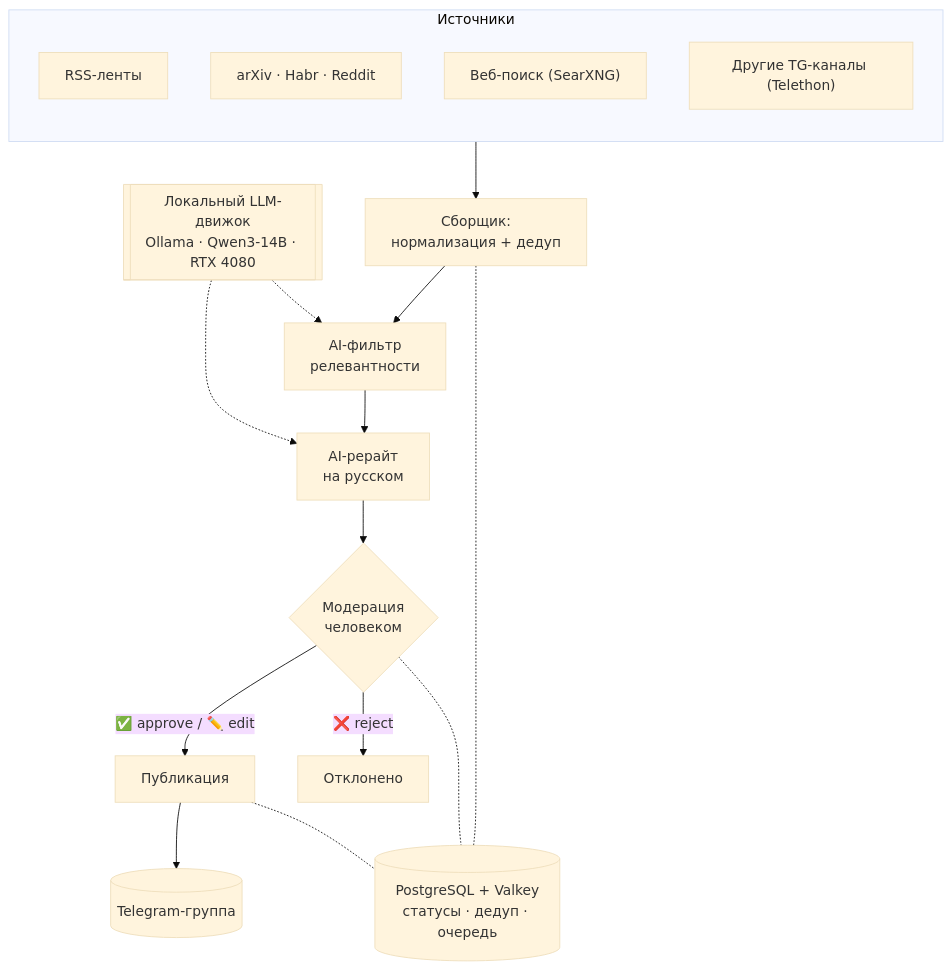
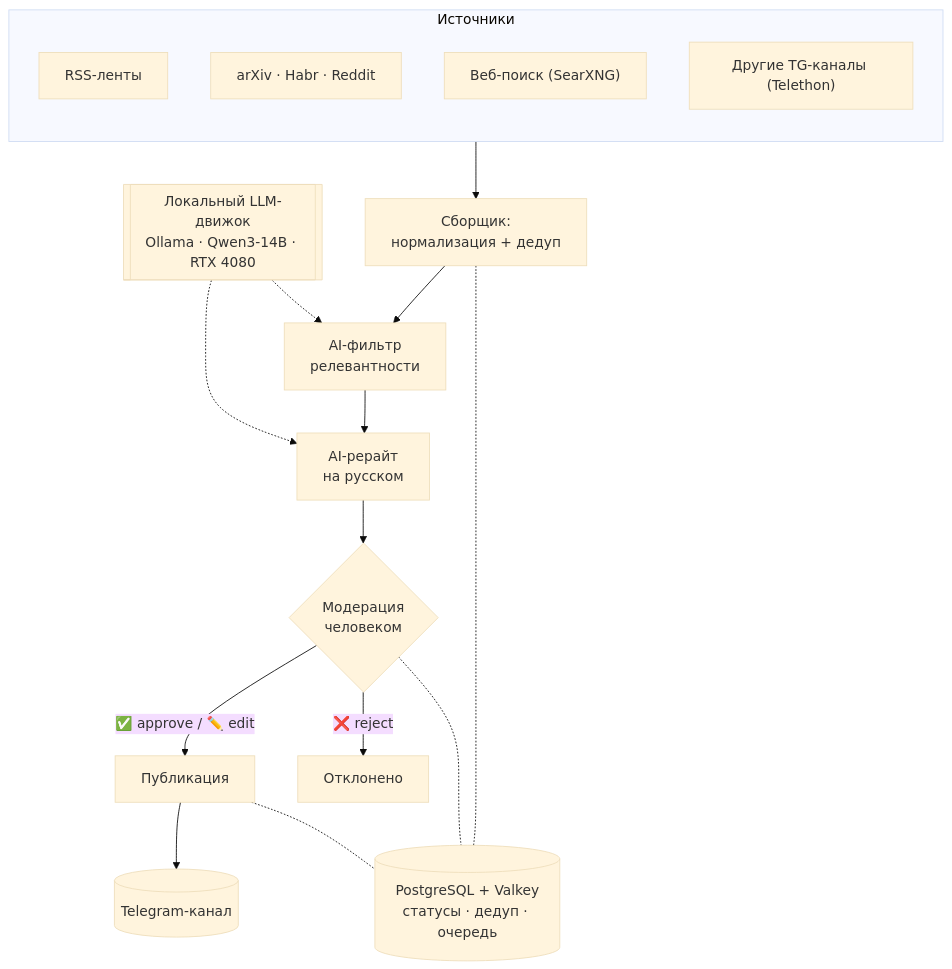
One commit to pandamy619/article-pipeline changed the diagram in ARCHITECTURE.md. Above: the diagram before and after it, drawn with Mermaid (base theme). The commit also changed other lines of this file and 2 other files, not shown here.

Commit message:
docs: rename telegram group to channel

````diff
--- a/ARCHITECTURE.md
+++ b/ARCHITECTURE.md
@@ -7,27 +7,27 @@
 ```mermaid
 flowchart TD
     subgraph sources["Источники"]
         direction TB
         RSS["RSS-ленты"]
         ARX["arXiv · Habr · Reddit"]
         WEB["Веб-поиск (SearXNG)"]
         TGC["Другие TG-каналы (Telethon)"]
     end
 
     sources --> COL["Сборщик:<br/>нормализация + дедуп"]
     COL --> FIL["AI-фильтр<br/>релевантности"]
     FIL --> REW["AI-рерайт<br/>на русском"]
     REW --> MOD{"Модерация<br/>человеком"}
     MOD -->|"✅ approve / ✏️ edit"| PUB["Публикация"]
     MOD -->|"❌ reject"| DROP["Отклонено"]
-    PUB --> GRP[("Telegram-группа")]
+    PUB --> GRP[("Telegram-канал")]
 
     LLM[["Локальный LLM-движок<br/>Ollama · Qwen3-14B · RTX 4080"]]
     LLM -.-> FIL
     LLM -.-> REW
 
     STORE[("PostgreSQL + Valkey<br/>статусы · дедуп · очередь")]
     COL -.- STORE
     MOD -.- STORE
     PUB -.- STORE
 ```
````
